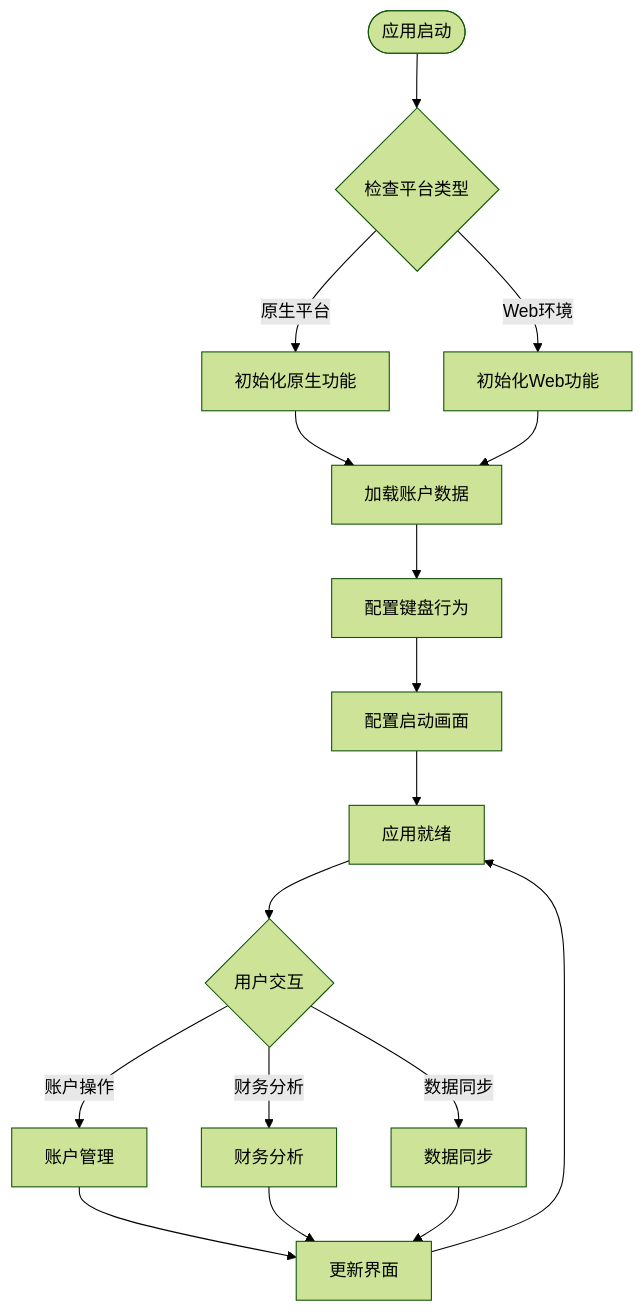
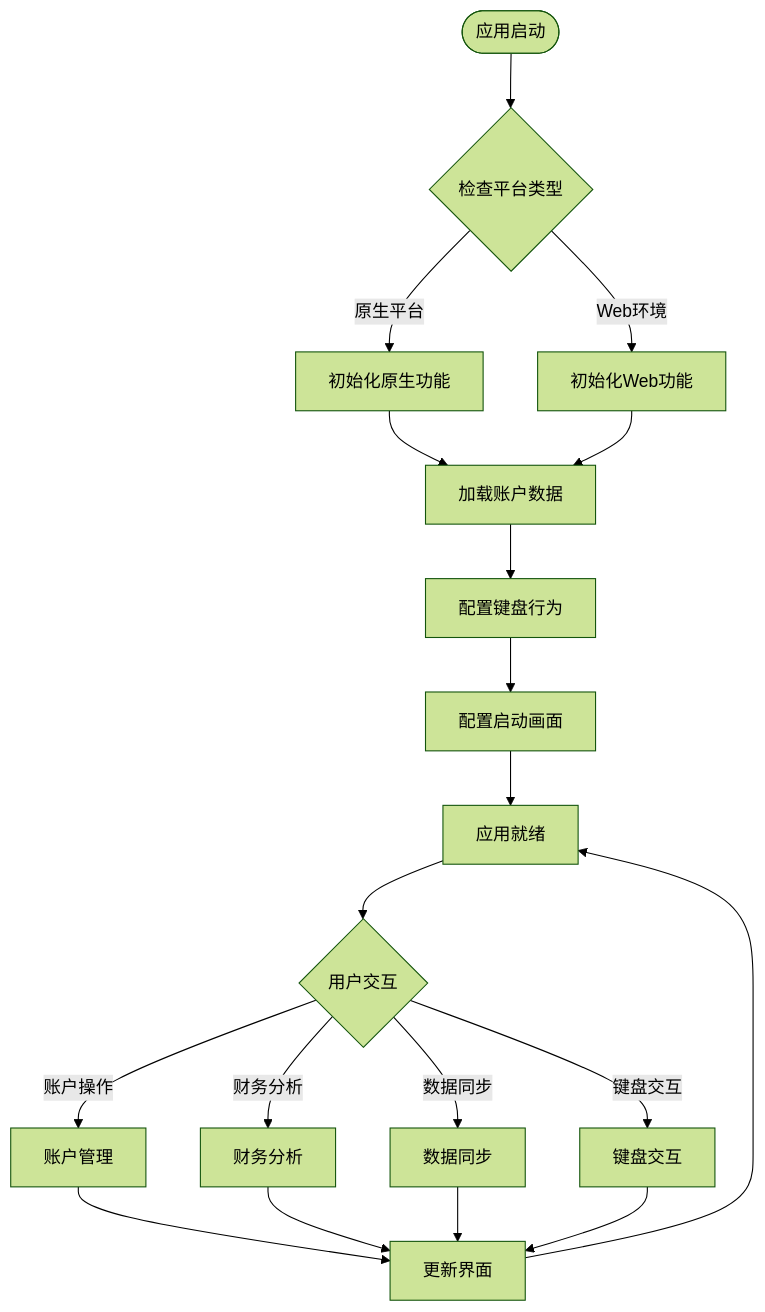
Before and after one commit to xiao-lin-unit/yuan: the seventh of 8 diagrams in .qoder/repowiki/zh/content/跨平台支持/Capacitor移动端应用.md, drawn with Mermaid (forest theme). The commit also changed other lines of this file and 9 other files, not shown here.

````diff
--- a/.qoder/repowiki/zh/content/跨平台支持/Capacitor移动端应用.md
+++ b/.qoder/repowiki/zh/content/跨平台支持/Capacitor移动端应用.md
@@ -257,19 +312,21 @@
 ```mermaid
 flowchart TD
 Start([应用启动]) --> CheckPlatform{检查平台类型}
 CheckPlatform --> |原生平台| InitNative[初始化原生功能]
 CheckPlatform --> |Web环境| InitWeb[初始化Web功能]
 InitNative --> LoadAccounts[加载账户数据]
 InitWeb --> LoadAccounts
 LoadAccounts --> SetupKeyboard[配置键盘行为]
 SetupKeyboard --> SetupSplash[配置启动画面]
 SetupSplash --> Ready[应用就绪]
 Ready --> UserInteraction{用户交互}
 UserInteraction --> |账户操作| AccountOps[账户管理]
 UserInteraction --> |财务分析| FinanceAnalysis[财务分析]
 UserInteraction --> |数据同步| SyncData[数据同步]
+UserInteraction --> |键盘交互| KeyboardInteraction[键盘交互]
 AccountOps --> UpdateUI[更新界面]
 FinanceAnalysis --> UpdateUI
 SyncData --> UpdateUI
+KeyboardInteraction --> UpdateUI
 UpdateUI --> Ready
 ```
````
